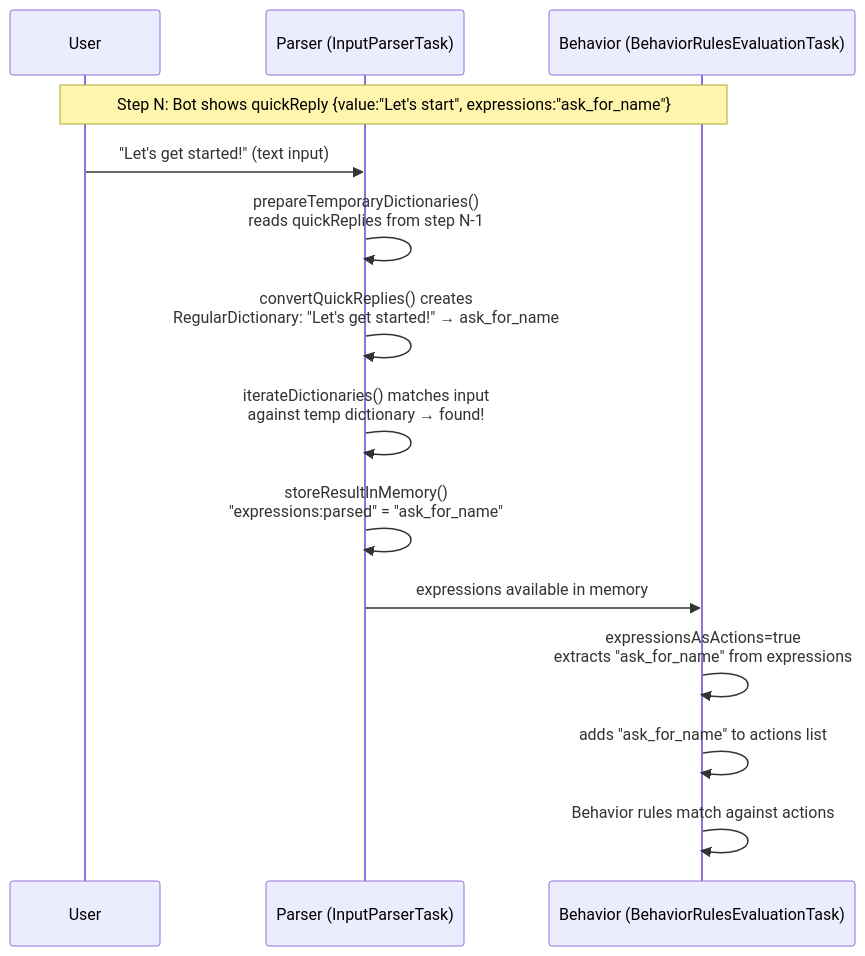
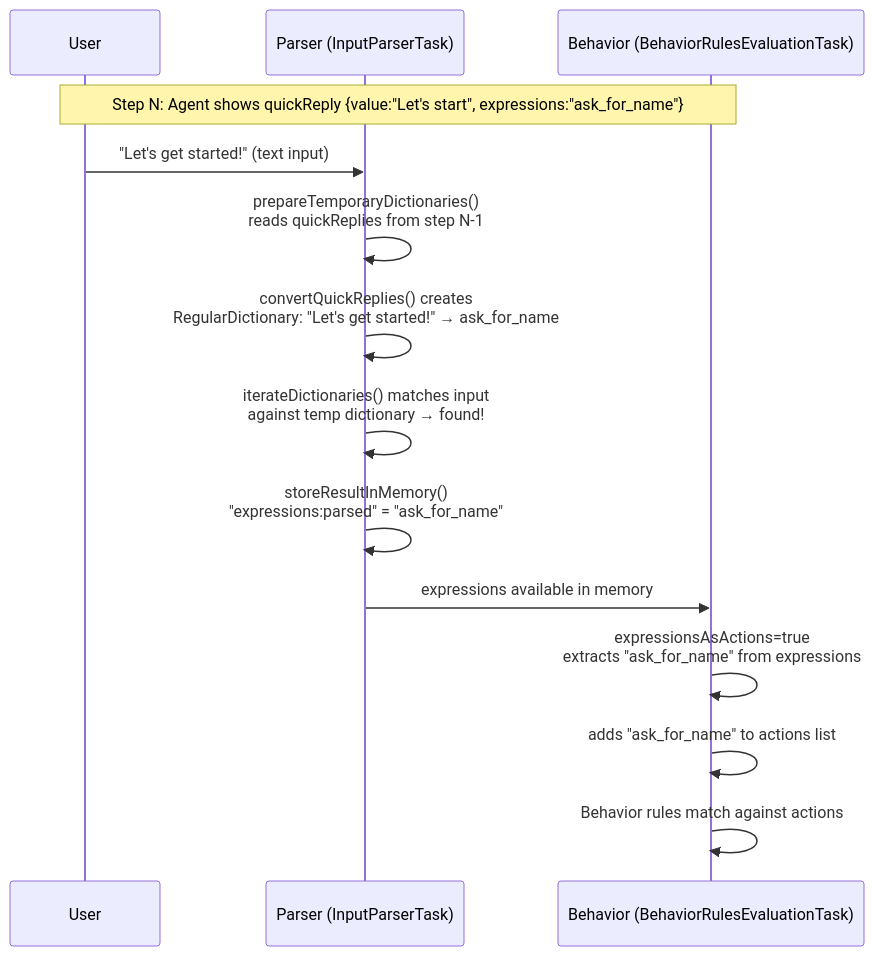
The fourth of 5 diagrams in docs/v6-planning/business-logic-analysis.md (labsai/EDDI), drawn with Mermaid before and after one commit. The commit also changed other lines of this file and 357 other files, not shown here.

````diff
--- a/docs/v6-planning/business-logic-analysis.md
+++ b/docs/v6-planning/business-logic-analysis.md
@@ -345,17 +345,17 @@
 ```mermaid
 sequenceDiagram
     participant U as User
     participant P as Parser (InputParserTask)
     participant B as Behavior (BehaviorRulesEvaluationTask)
 
-    Note over U,B: Step N: Bot shows quickReply {value:"Let's start", expressions:"ask_for_name"}
+    Note over U,B: Step N: Agent shows quickReply {value:"Let's start", expressions:"ask_for_name"}
     U->>P: "Let's get started!" (text input)
     P->>P: prepareTemporaryDictionaries()<br/>reads quickReplies from step N-1
     P->>P: convertQuickReplies() creates<br/>RegularDictionary: "Let's get started!" → ask_for_name
     P->>P: iterateDictionaries() matches input<br/>against temp dictionary → found!
     P->>P: storeResultInMemory()<br/>"expressions:parsed" = "ask_for_name"
     P->>B: expressions available in memory
     B->>B: expressionsAsActions=true<br/>extracts "ask_for_name" from expressions
     B->>B: adds "ask_for_name" to actions list
     B->>B: Behavior rules match against actions
 ```
````
